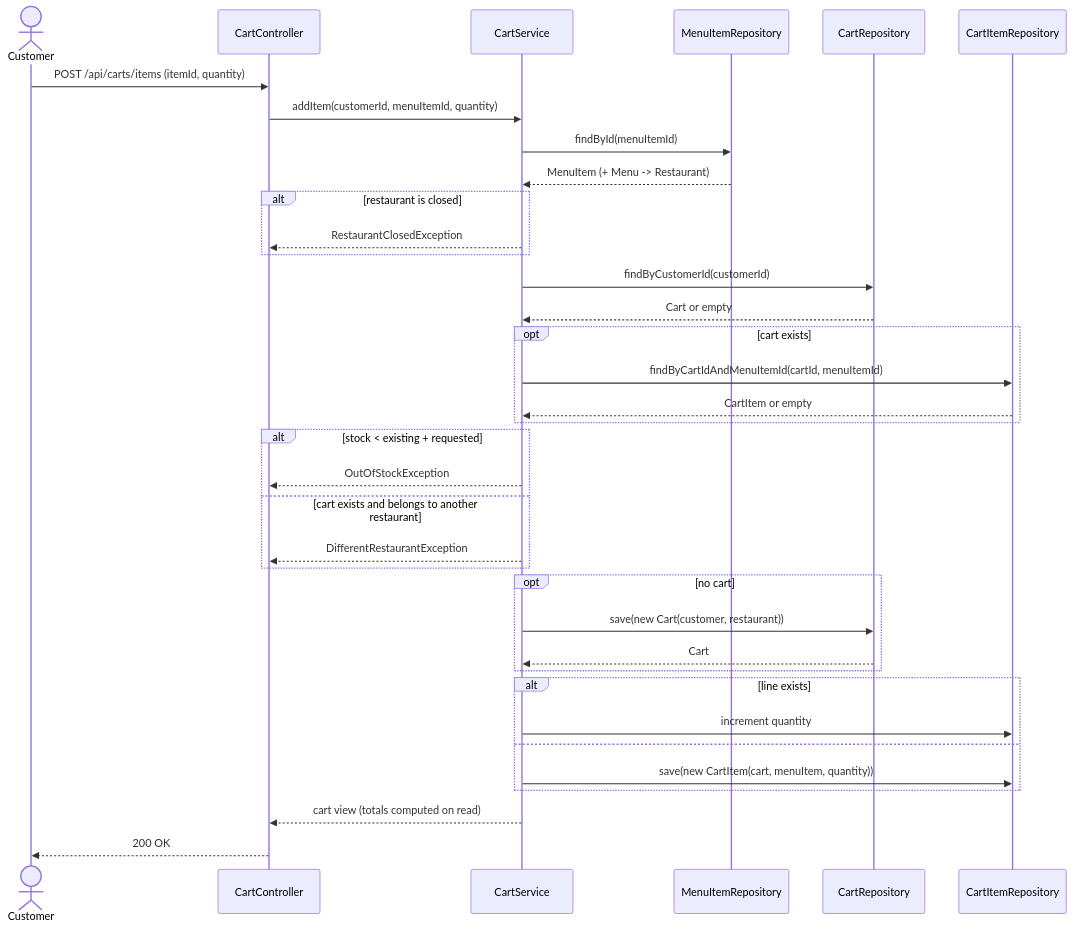
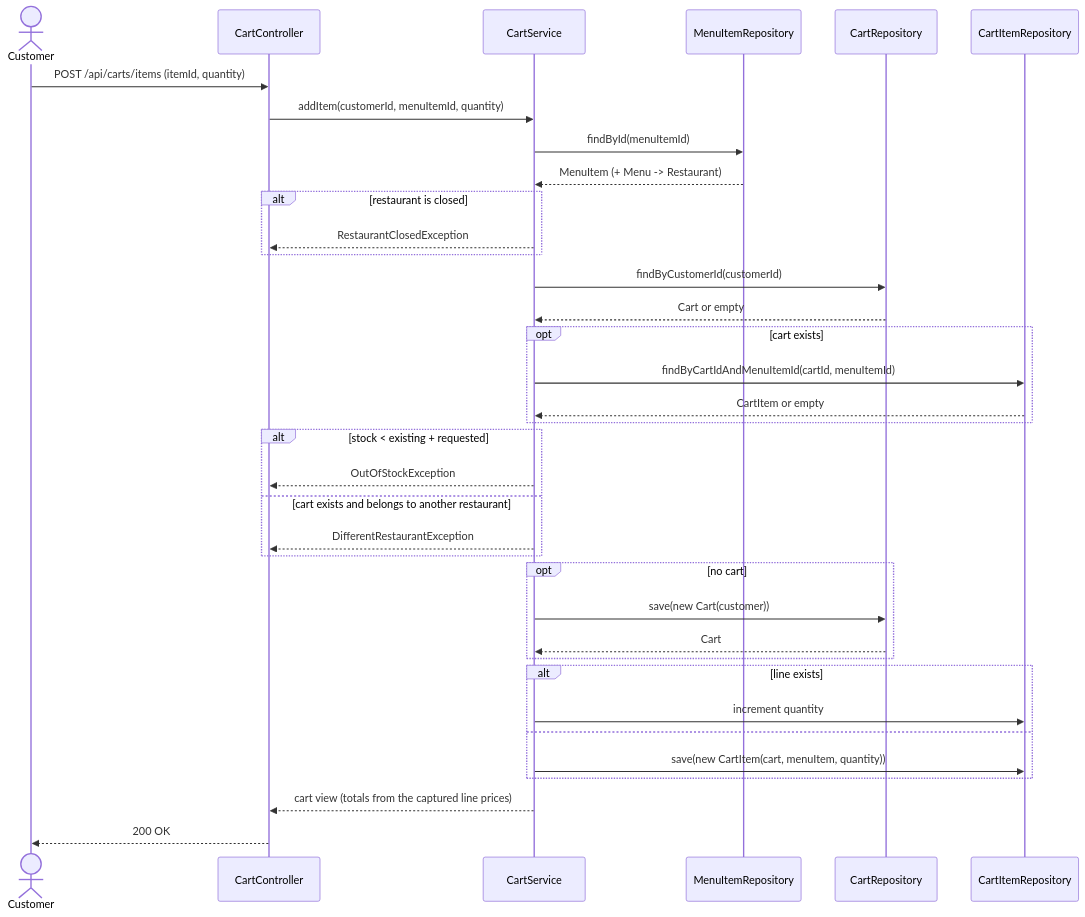
The second of 2 diagrams in restaurant/.docs/use-cases/cart-management/add-cart-item/add-cart-item.md (msmohammed0077-cmd/mentorship-restaurant), drawn with Mermaid before and after one commit. The commit also changed other lines of this file, not shown here.

First line of the commit message:
docs: correct add-cart-item totals and the derived restaurant

````diff
--- a/restaurant/.docs/use-cases/cart-management/add-cart-item/add-cart-item.md
+++ b/restaurant/.docs/use-cases/cart-management/add-cart-item/add-cart-item.md
@@ -92,47 +99,47 @@
 ```mermaid
 sequenceDiagram
     actor Customer
     participant C as CartController
     participant S as CartService
     participant MIR as MenuItemRepository
     participant CR as CartRepository
     participant CIR as CartItemRepository
 
     Customer->>C: POST /api/carts/items (itemId, quantity)
     C->>S: addItem(customerId, menuItemId, quantity)
 
     S->>MIR: findById(menuItemId)
     MIR-->>S: MenuItem (+ Menu -> Restaurant)
 
     alt restaurant is closed
         S-->>C: RestaurantClosedException
     end
 
     S->>CR: findByCustomerId(customerId)
     CR-->>S: Cart or empty
 
     opt cart exists
         S->>CIR: findByCartIdAndMenuItemId(cartId, menuItemId)
         CIR-->>S: CartItem or empty
     end
 
     alt stock < existing + requested
         S-->>C: OutOfStockException
     else cart exists and belongs to another restaurant
         S-->>C: DifferentRestaurantException
     end
 
     opt no cart
-        S->>CR: save(new Cart(customer, restaurant))
+        S->>CR: save(new Cart(customer))
         CR-->>S: Cart
     end
 
     alt line exists
         S->>CIR: increment quantity
     else
         S->>CIR: save(new CartItem(cart, menuItem, quantity))
     end
 
-    S-->>C: cart view (totals computed on read)
+    S-->>C: cart view (totals from the captured line prices)
     C-->>Customer: 200 OK
 ```
````
